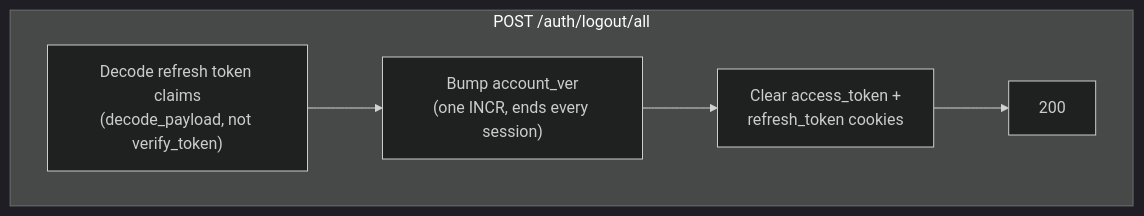
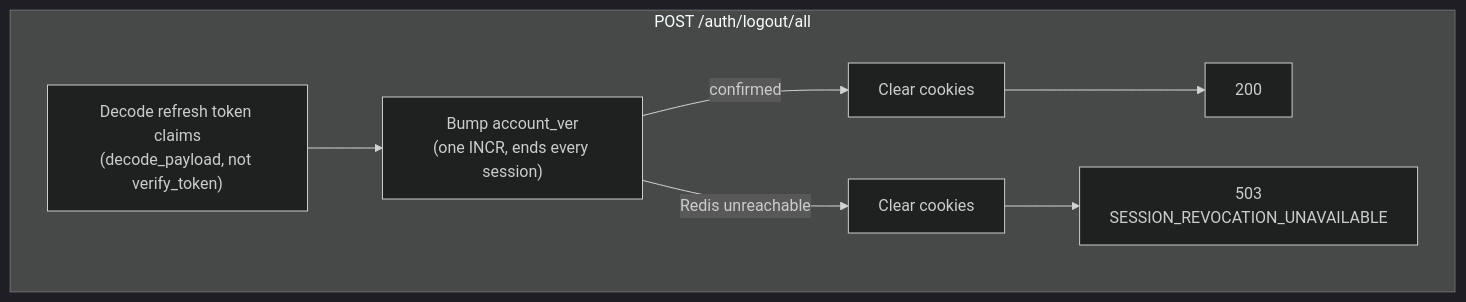
Before and after one commit to Nachiket-2024/mystic-auth: the second of 2 diagrams in docs/mystic_auth/authentication/logout.md, drawn with Mermaid (dark theme). The commit also changed other lines of this file and 350 other files, not shown here.

````diff
--- a/docs/mystic_auth/authentication/logout.md
+++ b/docs/mystic_auth/authentication/logout.md
@@ -32,8 +34,10 @@
 ```mermaid
 flowchart TD
     subgraph LogoutAll["POST /auth/logout/all"]
         A1["Decode refresh token claims\n(decode_payload, not verify_token)"] --> A2["Bump account_ver\n(one INCR, ends every session)"]
-        A2 --> A3["Clear access_token +\nrefresh_token cookies"]
+        A2 -->|confirmed| A3["Clear cookies"]
         A3 --> A4["200"]
+        A2 -->|Redis unreachable| A5["Clear cookies"]
+        A5 --> A6["503\nSESSION_REVOCATION_UNAVAILABLE"]
     end
 ```
````
